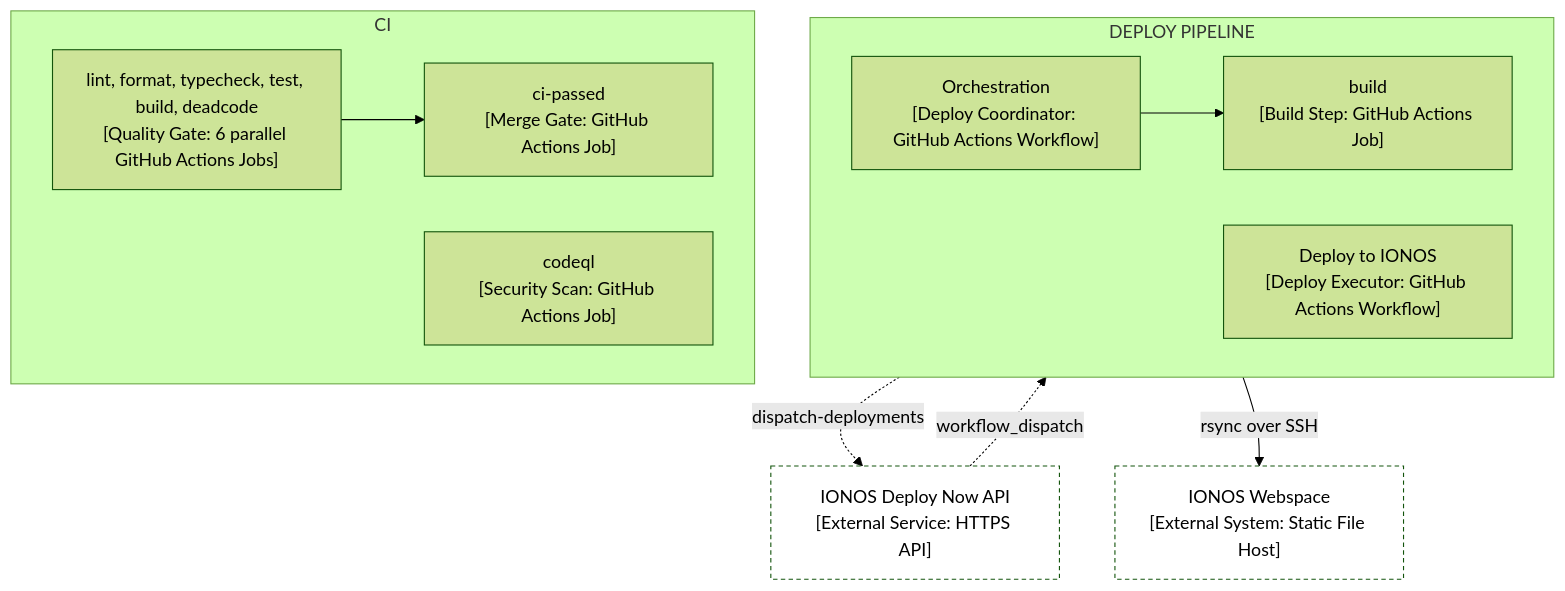
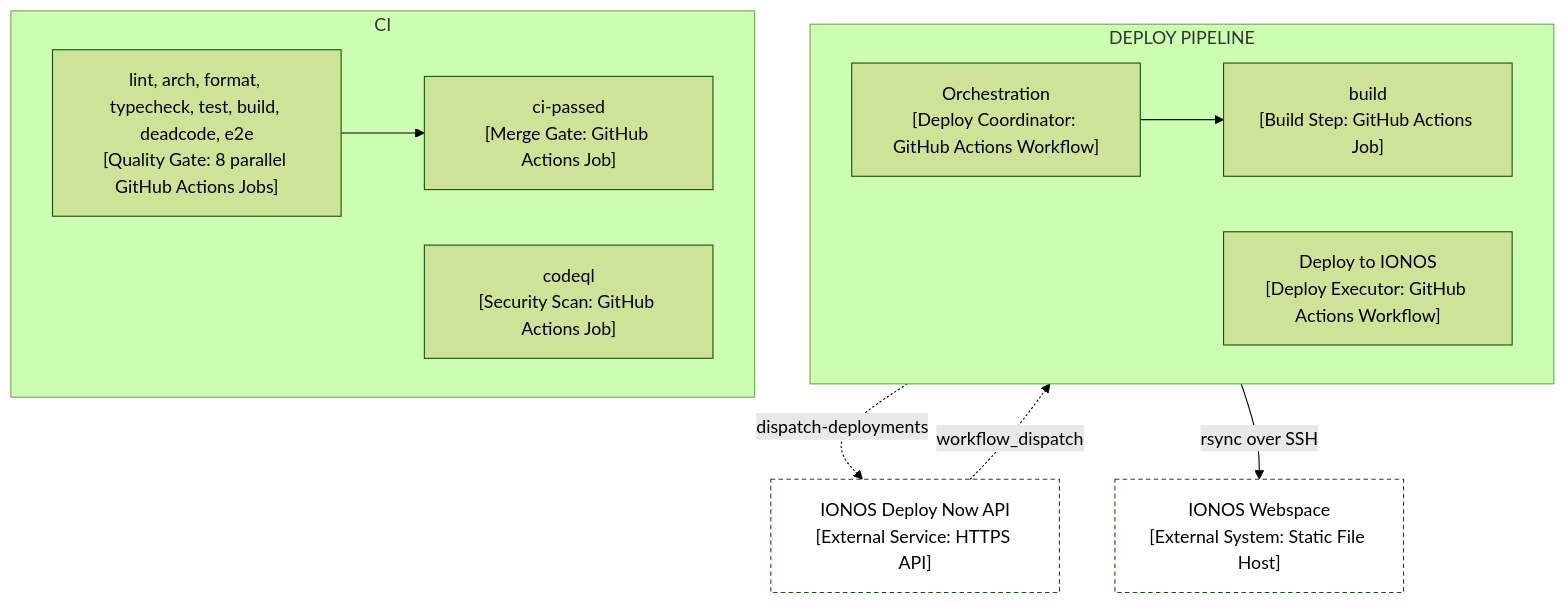
Before and after one commit to cfisch3r/estimate: the first of 3 diagrams in docs/runbook.md, drawn with Mermaid (forest theme). The commit also changed other lines of this file and 30 other files, not shown here.

````diff
--- a/docs/runbook.md
+++ b/docs/runbook.md
@@ -13,27 +13,27 @@
 ```mermaid
 flowchart TB
   subgraph DEPLOY["DEPLOY PIPELINE"]
     direction LR
     Orch["Orchestration<br/>[Deploy Coordinator: GitHub Actions Workflow]"]
     BuildJob["build<br/>[Build Step: GitHub Actions Job]"]
     DeployWf["Deploy to IONOS<br/>[Deploy Executor: GitHub Actions Workflow]"]
     Orch --> BuildJob
   end
 
   subgraph CIL["CI"]
     direction LR
-    Gates["lint, format, typecheck, test, build, deadcode<br/>[Quality Gate: 6 parallel GitHub Actions Jobs]"]
+    Gates["lint, arch, format, typecheck, test, build, deadcode, e2e<br/>[Quality Gate: 8 parallel GitHub Actions Jobs]"]
     Passed["ci-passed<br/>[Merge Gate: GitHub Actions Job]"]
     CodeQL["codeql<br/>[Security Scan: GitHub Actions Job]"]
     Gates --> Passed
   end
 
   IonosAPI["IONOS Deploy Now API<br/>[External Service: HTTPS API]"]:::external
   Webspace["IONOS Webspace<br/>[External System: Static File Host]"]:::external
 
   BuildJob -.->|dispatch-deployments| IonosAPI
   IonosAPI -.->|workflow_dispatch| DeployWf
   DeployWf -->|rsync over SSH| Webspace
 
   classDef external fill:transparent,stroke-dasharray: 4 3
 ```
````
